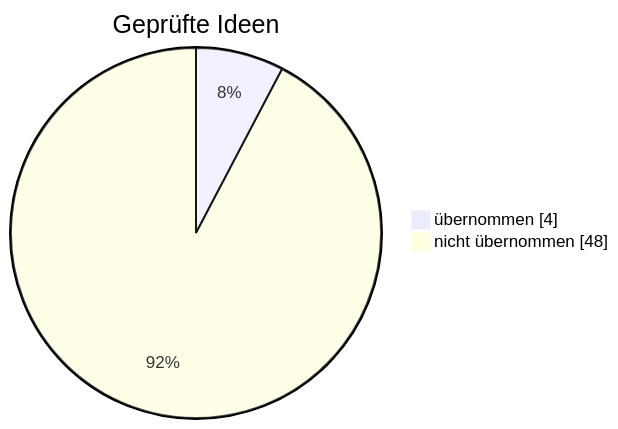
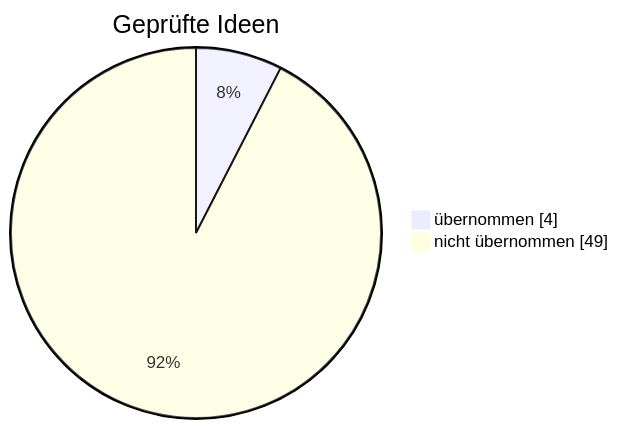
One commit to sickingmalte-arch/Test-Bot changed the diagram in gehirn/Notizen/Was der Bot schon weiß.md. Above: the diagram before and after it, drawn with Mermaid. The commit also changed other lines of this file and 13 other files, not shown here.

First line of the commit message:
Ehrlicher Bot-Check und Chart-Zeichnungen (A/B/C) – 06.11. (#63)

````diff
--- a/gehirn/Notizen/Was der Bot schon weiß.md
+++ b/gehirn/Notizen/Was der Bot schon weiß.md
@@ -19,6 +22,6 @@
 ```mermaid
 pie showData
     title Geprüfte Ideen
     "übernommen" : 4
-    "nicht übernommen" : 48
+    "nicht übernommen" : 49
 ```
````
